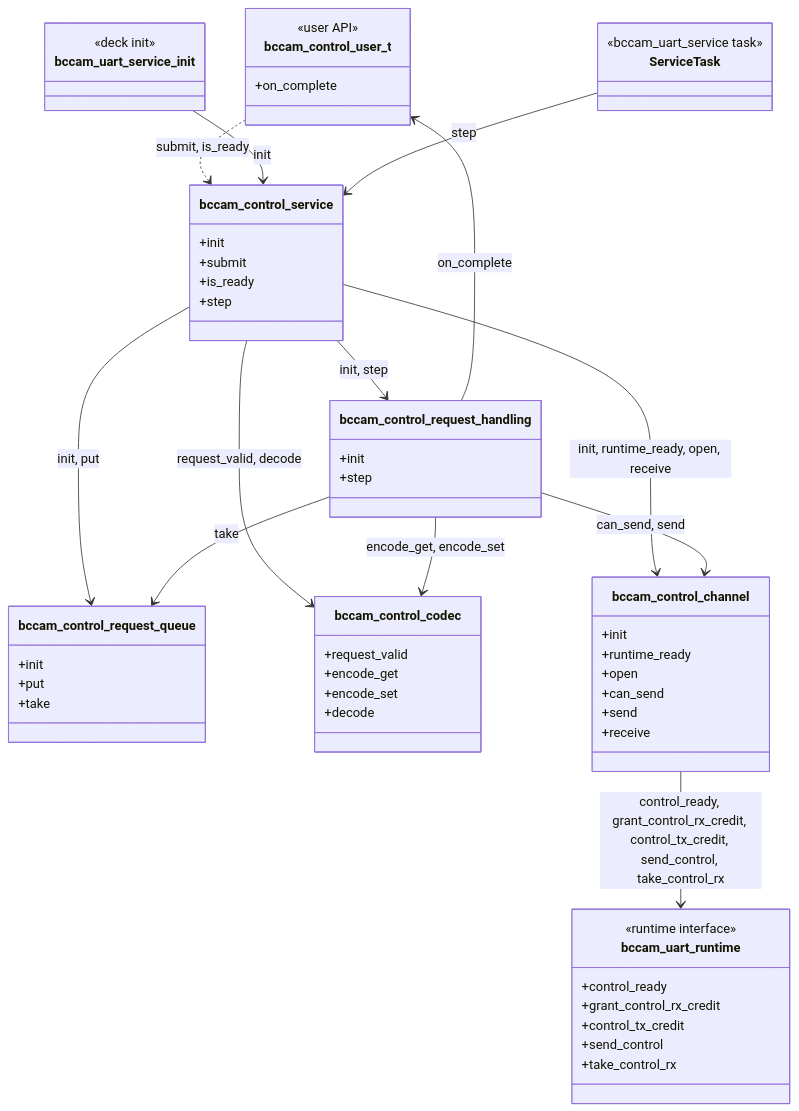
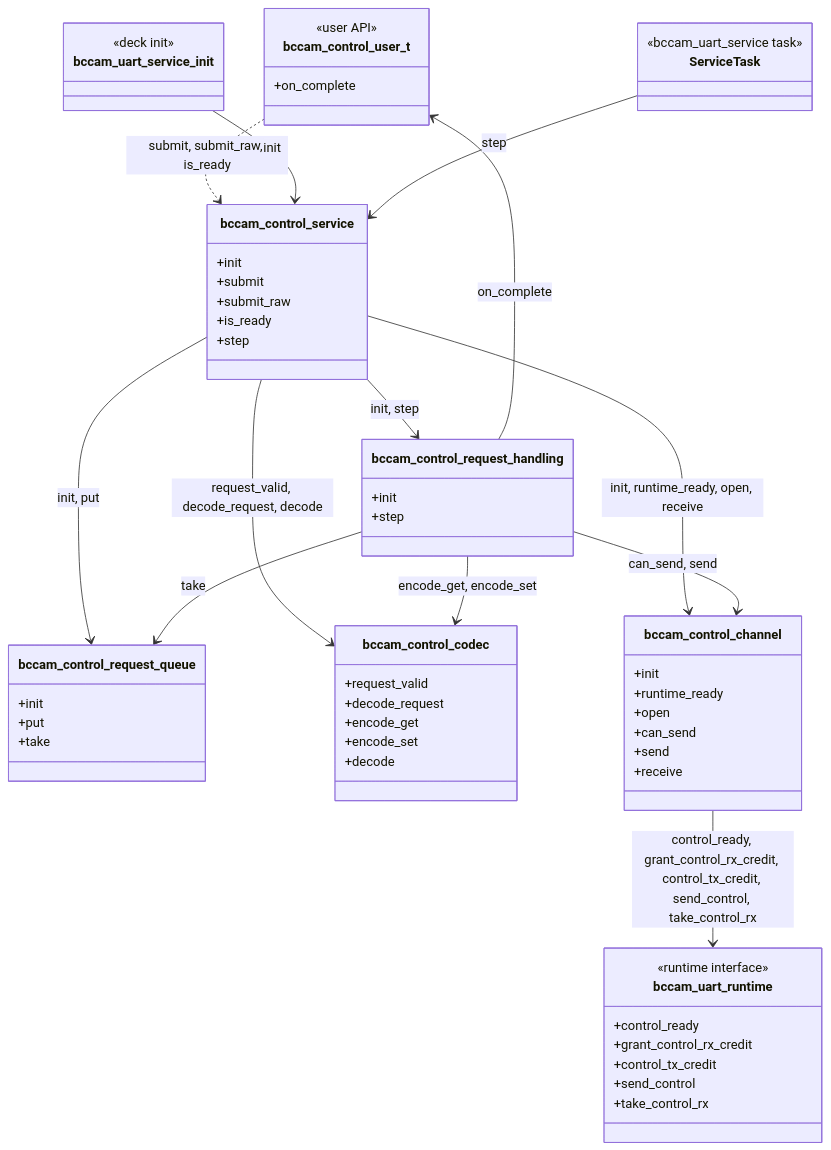
One commit to bitcraze/crazyflie-firmware changed the first of 10 diagrams in docs/functional-areas/camera-deck-control.md. Above: the diagram before and after it, drawn with Mermaid. The commit also changed other lines of this file, not shown here.

Commit message:
docs: Added submit_raw, removed stats counters

````diff
--- a/docs/functional-areas/camera-deck-control.md
+++ b/docs/functional-areas/camera-deck-control.md
@@ -162,73 +167,75 @@
 ```mermaid
 classDiagram
     direction TB
 
     class bccam_control_user_t {
         <<user API>>
         +on_complete
     }
 
     class bccam_control_service {
         +init
         +submit
+        +submit_raw
         +is_ready
         +step
     }
 
     class bccam_control_request_queue {
         +init
         +put
         +take
     }
 
     class bccam_control_request_handling {
         +init
         +step
     }
 
     class bccam_control_codec {
         +request_valid
+        +decode_request
         +encode_get
         +encode_set
         +decode
     }
 
     class bccam_control_channel {
         +init
         +runtime_ready
         +open
         +can_send
         +send
         +receive
     }
 
     class bccam_uart_runtime {
         <<runtime interface>>
         +control_ready
         +grant_control_rx_credit
         +control_tx_credit
         +send_control
         +take_control_rx
     }
 
     class ServiceTask {
         <<bccam_uart_service task>>
     }
 
     class bccam_uart_service_init {
         <<deck init>>
     }
 
-    bccam_control_user_t ..> bccam_control_service : submit, is_ready
+    bccam_control_user_t ..> bccam_control_service : submit, submit_raw, is_ready
     bccam_uart_service_init --> bccam_control_service : init
     ServiceTask --> bccam_control_service : step
     bccam_control_service --> bccam_control_request_queue : init, put
     bccam_control_service --> bccam_control_channel : init, runtime_ready, open, receive
-    bccam_control_service --> bccam_control_codec : request_valid, decode
+    bccam_control_service --> bccam_control_codec : request_valid, decode_request, decode
     bccam_control_service --> bccam_control_request_handling : init, step
     bccam_control_request_handling --> bccam_control_request_queue : take
     bccam_control_request_handling --> bccam_control_codec : encode_get, encode_set
     bccam_control_request_handling --> bccam_control_channel : can_send, send
     bccam_control_request_handling --> bccam_control_user_t : on_complete
     bccam_control_channel --> bccam_uart_runtime : control_ready, grant_control_rx_credit, control_tx_credit, send_control, take_control_rx
 ```
````
